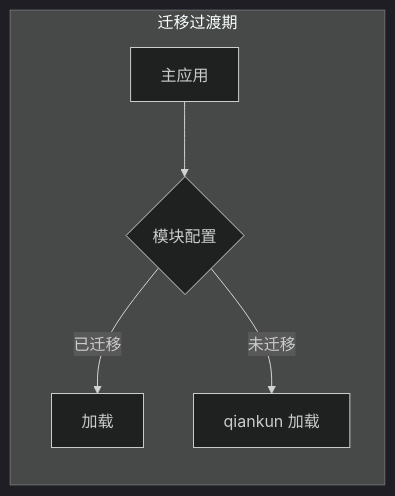
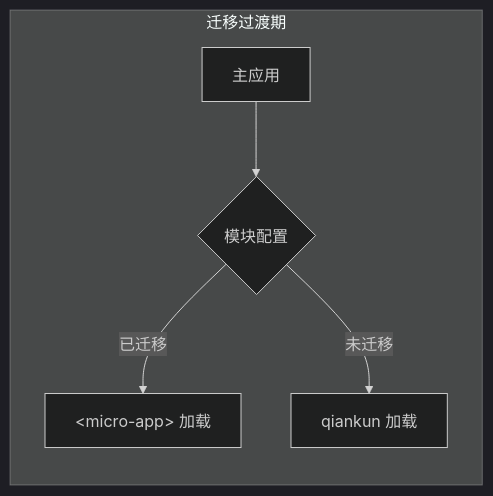
The second of 3 diagrams in .kiro/specs/micro-frontend-migration/design.md (sdwurg180507280211/metersphere), drawn with Mermaid (dark theme) before and after one commit. The commit also changed other lines of this file and 1 other file, not shown here.

Commit message:
micro-app微前端实现

````diff
--- a/.kiro/specs/micro-frontend-migration/design.md
+++ b/.kiro/specs/micro-frontend-migration/design.md
@@ -42,8 +50,8 @@
 ```mermaid
 graph LR
     subgraph "迁移过渡期"
         M[主应用] --> C{模块配置}
-        C -->|已迁移| D["<micro-app> 加载"]
+        C -->|已迁移| D["&lt;micro-app&gt; 加载"]
         C -->|未迁移| E["qiankun 加载"]
     end
 ```
````
